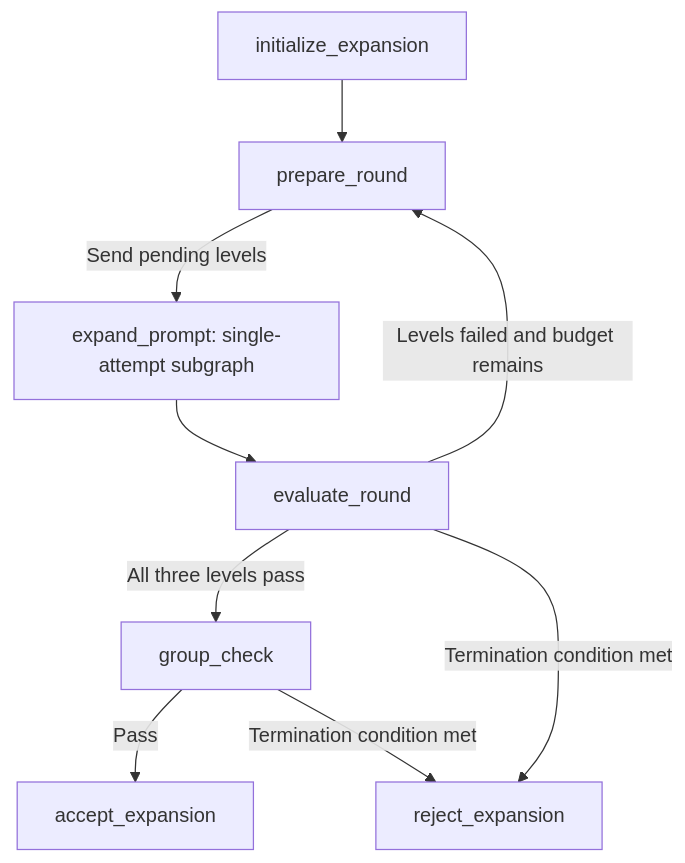
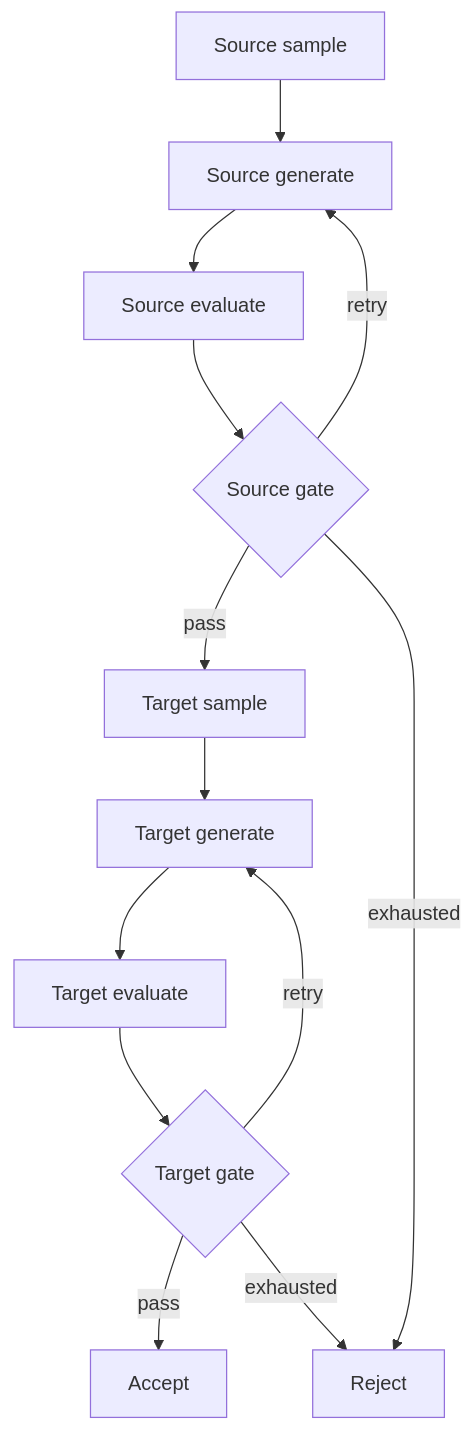
Before and after one commit to ChenYizhu97/PairData: the diagram in docs/workflows.en.md, drawn with Mermaid. The commit also changed other lines of this file and 137 other files, not shown here.

Commit message:
Refactor PairData into a configurable source-target synthesis pipeline

````diff
--- a/docs/workflows.en.md
+++ b/docs/workflows.en.md
@@ -45,11 +7,15 @@
 ```mermaid
 flowchart TD
-    A[initialize_expansion] --> B[prepare_round]
-    B -->|Send pending levels| C[expand_prompt: single-attempt subgraph]
-    C --> D[evaluate_round]
-    D -->|Levels failed and budget remains| B
-    D -->|All three levels pass| E[group_check]
-    D -->|Termination condition met| R[reject_expansion]
-    E -->|Pass| P[accept_expansion]
-    E -->|Termination condition met| R
+    SS[Source sample] --> S[Source generate]
+    S --> SE[Source evaluate]
+    SE --> SG{Source gate}
+    SG -->|pass| TS[Target sample]
+    SG -->|retry| S
+    SG -->|exhausted| R[Reject]
+    TS --> T[Target generate]
+    T --> TE[Target evaluate]
+    TE --> TG{Target gate}
+    TG -->|pass| A[Accept]
+    TG -->|retry| T
+    TG -->|exhausted| R
 ```
````
